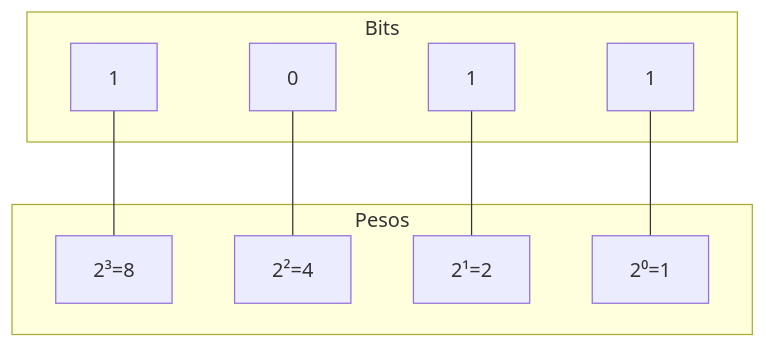
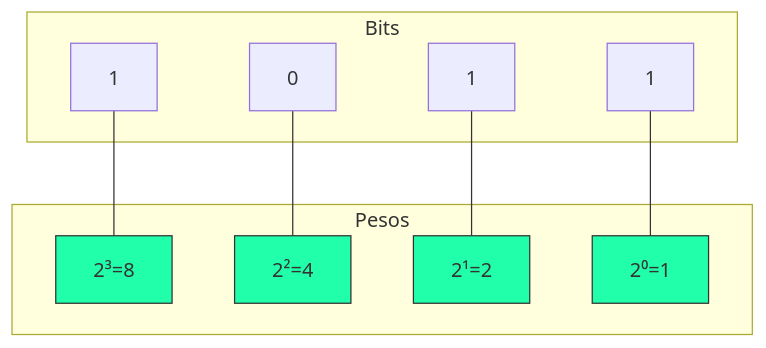
Before and after one commit to ricardotecpro/ads_mod_01_fundamentos_da_computacao: the diagram in docs/aulas/aula-03.md, drawn with Mermaid. The commit also changed other lines of this file and 31 other files, not shown here.

````diff
--- a/docs/aulas/aula-03.md
+++ b/docs/aulas/aula-03.md
@@ -29,21 +20,25 @@
 ```mermaid
 graph TD
     subgraph Pesos
-    P3[2³=8]
-    P2[2²=4]
-    P1[2¹=2]
-    P0[2⁰=1]
+    P3["2³=8"]
+    P2["2²=4"]
+    P1["2¹=2"]
+    P0["2⁰=1"]
     end
     
     subgraph Bits
-    B3[1]
-    B2[0]
-    B1[1]
-    B0[1]
+    B3["1"]
+    B2["0"]
+    B1["1"]
+    B0["1"]
     end
 
     B3 --- P3
     B2 --- P2
     B1 --- P1
     B0 --- P0
+    style P3 fill:#2fa,stroke:#333
+    style P2 fill:#2fa,stroke:#333
+    style P1 fill:#2fa,stroke:#333
+    style P0 fill:#2fa,stroke:#333
 ```
````
